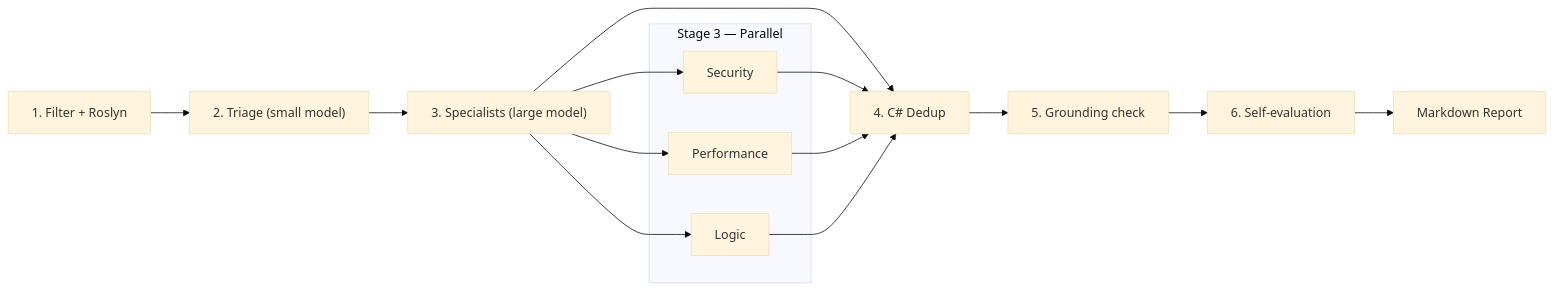
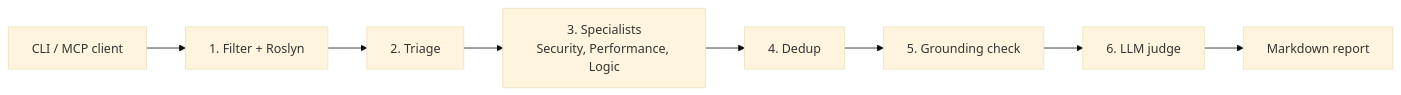
The diagram in README.md (bhavyananda17/multi_agent_code_review_mcpserver), drawn with Mermaid (base theme) before and after one commit. The commit also changed other lines of this file and 32 other files, not shown here.

````diff
--- a/README.md
+++ b/README.md
@@ -132,22 +11,10 @@
 ```mermaid
 graph LR
-    A["1. Filter + Roslyn"] --> B["2. Triage (small model)"]
-    B --> C["3. Specialists (large model)"]
-    C --> D["4. C# Dedup"]
-    D --> G["5. Grounding check"]
-    G --> E["6. Self-evaluation"]
-    E --> Report["Markdown Report"]
-
-    subgraph "Stage 3 — Parallel"
-        C1[Security]
-        C2[Performance]
-        C3[Logic]
-    end
-
-    C --> C1
-    C --> C2
-    C --> C3
-    C1 --> D
-    C2 --> D
-    C3 --> D
+    C[CLI / MCP client] --> F[1. Filter + Roslyn]
+    F --> T[2. Triage]
+    T --> S[3. Specialists<br/>Security, Performance, Logic]
+    S --> D[4. Dedup]
+    D --> G[5. Grounding check]
+    G --> E[6. LLM judge]
+    E --> R[Markdown report]
 ```
````
